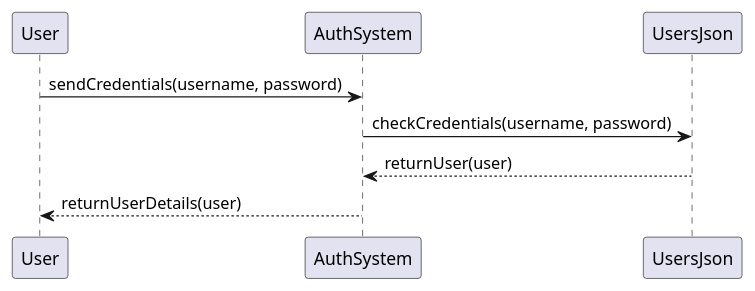
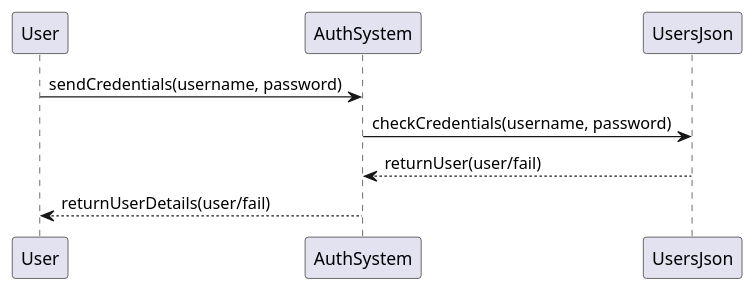
The diagram in src/diagrams/system_login.puml (Faliboga-Dimitrie/Restaurant_proiect), drawn with PlantUML before and after one commit. The commit also changed 6 other files, not shown here.

Commit message:
Made most interfaceses more generic; Added an interface diagram;

```diff
--- a/src/diagrams/system_login.puml
+++ b/src/diagrams/system_login.puml
@@ -1,10 +1,10 @@
 @startuml
 participant User
 participant AuthSystem
 participant UsersJson
 
 User -> AuthSystem : sendCredentials(username, password)
 AuthSystem -> UsersJson : checkCredentials(username, password)
-UsersJson --> AuthSystem : returnUser(user)
-AuthSystem --> User : returnUserDetails(user)
+UsersJson --> AuthSystem : returnUser(user/fail)
+AuthSystem --> User : returnUserDetails(user/fail)
 @enduml
```
